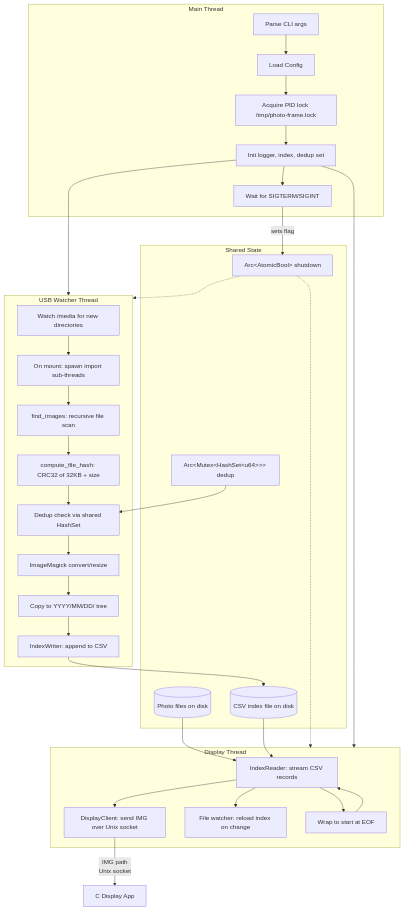
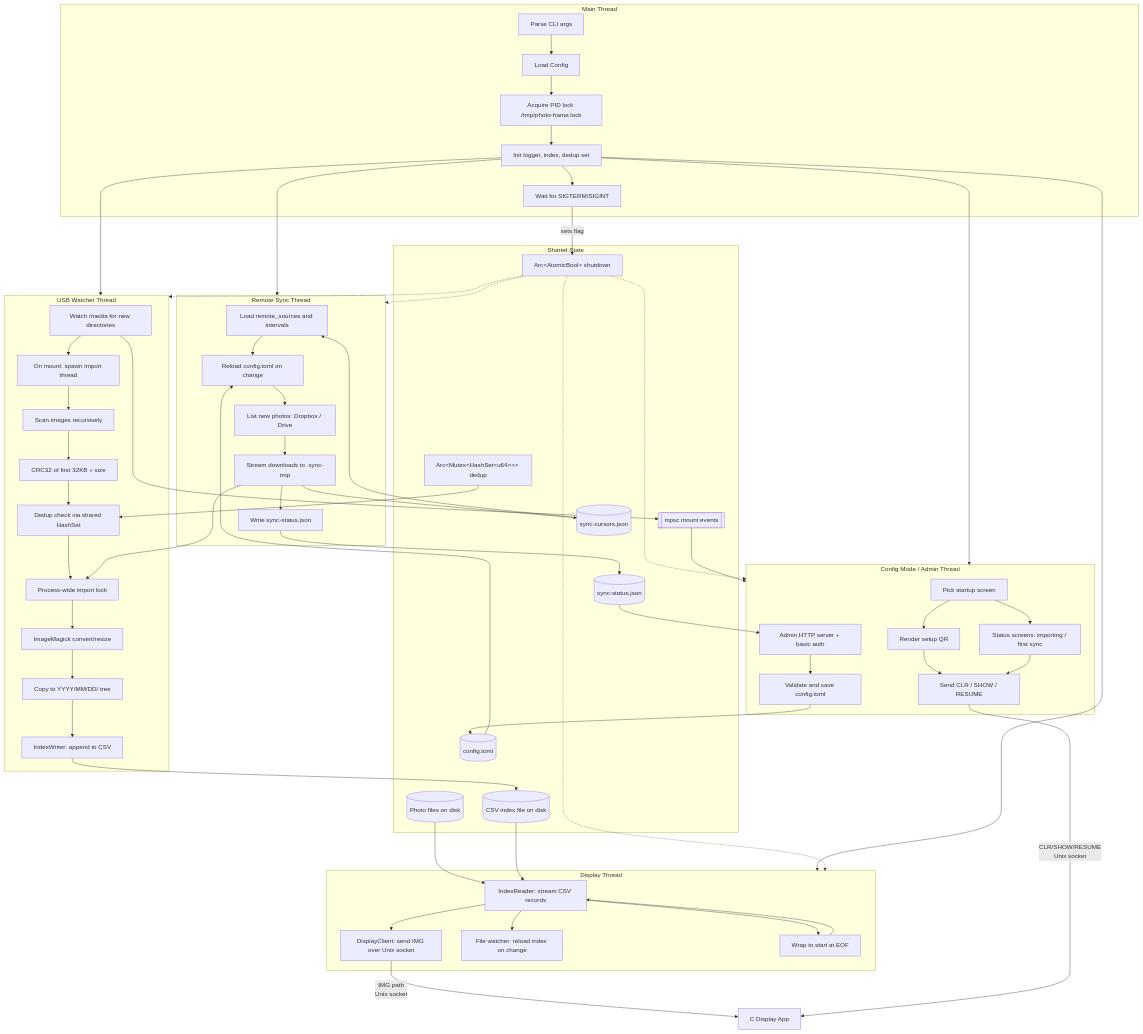
The diagram in README.md (dmikusa/digital-picture-frame), drawn with Mermaid before and after one commit. The commit also changed other lines of this file and 4 other files, not shown here.

````diff
--- a/README.md
+++ b/README.md
@@ -39,33 +49,59 @@
 
     subgraph USB["USB Watcher Thread"]
         UW[Watch /media for new directories]
-        SP[On mount: spawn import sub-threads]
-        SCAN[find_images: recursive file scan]
-        HASH[compute_file_hash: CRC32 of 32KB + size]
+        SP[On mount: spawn import thread]
+        SCAN[Scan images recursively]
+        HASH[CRC32 of first 32KB + size]
         DEDUP[Dedup check via shared HashSet]
+        ILOCK[Process-wide import lock]
         IM[ImageMagick convert/resize]
         IW[IndexWriter: append to CSV]
         STORE[Copy to YYYY/MM/DD/ tree]
     end
 
+    subgraph Sync["Remote Sync Thread"]
+        RS[Load remote_sources and intervals]
+        RC[Reload config.toml on change]
+        RL[List new photos: Dropbox / Drive]
+        RD[Stream downloads to .sync-tmp]
+        RSTAT[Write sync-status.json]
+    end
+
+    subgraph Config["Config Mode / Admin Thread"]
+        CS[Pick startup screen]
+        STATUS[Status screens: importing / first sync]
+        QR[Render setup QR]
+        ADMIN[Admin HTTP server + basic auth]
+        SAVE[Validate and save config.toml]
+        CONTROL[Send CLR / SHOW / RESUME]
+    end
+
     subgraph Shared["Shared State"]
         SHUTDOWN[Arc&lt;AtomicBool&gt; shutdown]
         DEDUP_SET[Arc&lt;Mutex&lt;HashSet&lt;u64&gt;&gt;&gt; dedup]
+        EVENTS[[mpsc mount events]]
         INDEX[(CSV index file on disk)]
         PHOTOS[(Photo files on disk)]
+        CONFIG[(config.toml)]
+        CURSORS[(sync-cursors.json)]
+        SSTATUS[(sync-status.json)]
     end
 
     CLI --> CFG --> LOCK --> INIT
     INIT --> SIGNAL
+    INIT --> Display
+    INIT --> USB
+    INIT --> Sync
+    INIT --> Config
 
     SIGNAL -- sets flag --> SHUTDOWN
     SHUTDOWN -.-> Display
     SHUTDOWN -.-> USB
-
-    INIT --> Display
-    INIT --> USB
+    SHUTDOWN -.-> Sync
+    SHUTDOWN -.-> Config
 
     DC -->|IMG path\nUnix socket| CAPP[C Display App]
+    CONTROL -->|CLR/SHOW/RESUME\nUnix socket| CAPP
 
     PHOTOS --> DR
     DR --> DC
@@ -75,8 +111,26 @@
 
     UW --> SP
     SP --> SCAN --> HASH --> DEDUP
-    DEDUP --> IM --> STORE --> IW
+    DEDUP --> ILOCK --> IM --> STORE --> IW
     IW --> INDEX
+    INDEX --> DR
     DEDUP_SET --> DEDUP
-    INDEX --> DR
+
+    UW --> EVENTS
+    EVENTS --> Config
+
+    RS --> RC --> RL --> RD --> ILOCK
+    RD --> CURSORS
+    RD --> RSTAT
+    RSTAT --> SSTATUS
+    CURSORS --> RS
+    SSTATUS --> ADMIN
+    CONFIG --> RC
+
+    CS --> QR
+    CS --> STATUS
+    QR --> CONTROL
+    STATUS --> CONTROL
+    ADMIN --> SAVE
+    SAVE --> CONFIG
 ```
````
